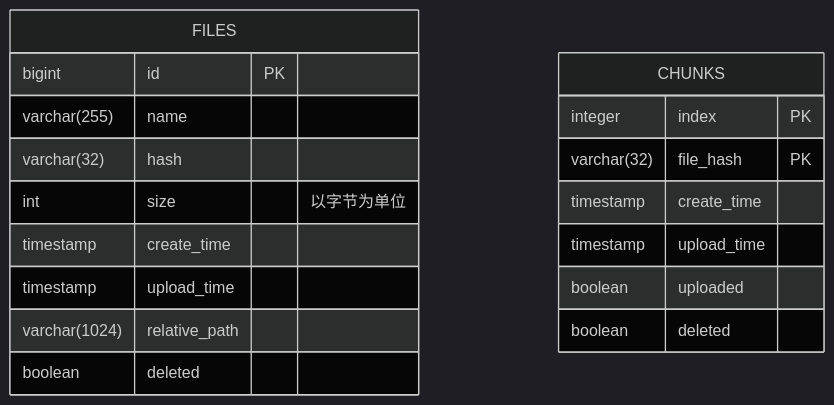
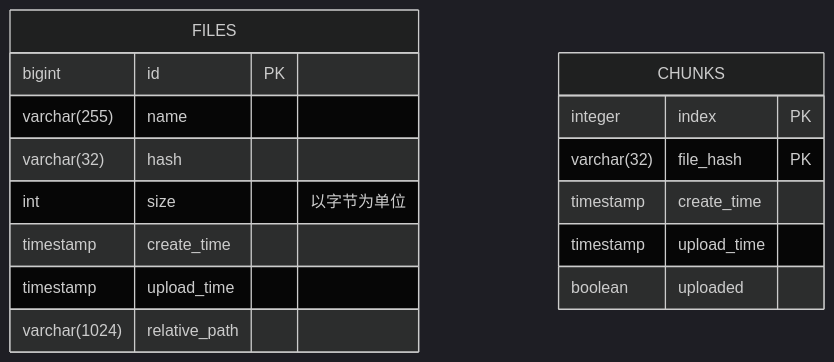
The third of 11 diagrams in README.md (niuiic/file-service), drawn with Mermaid (dark theme) before and after one commit. The commit also changed 3 other files, not shown here.

````diff
--- a/README.md
+++ b/README.md
@@ -106,22 +106,20 @@
 ```mermaid
 erDiagram
     FILES {
         bigint id PK
         varchar(255) name
         varchar(32) hash
         int size "以字节为单位"
         timestamp create_time
         timestamp upload_time
         varchar(1024) relative_path
-        boolean deleted
     }
 
     CHUNKS {
         integer index PK
         varchar(32) file_hash PK
         timestamp create_time
         timestamp upload_time
         boolean uploaded
-        boolean deleted
     }
 ```
````
